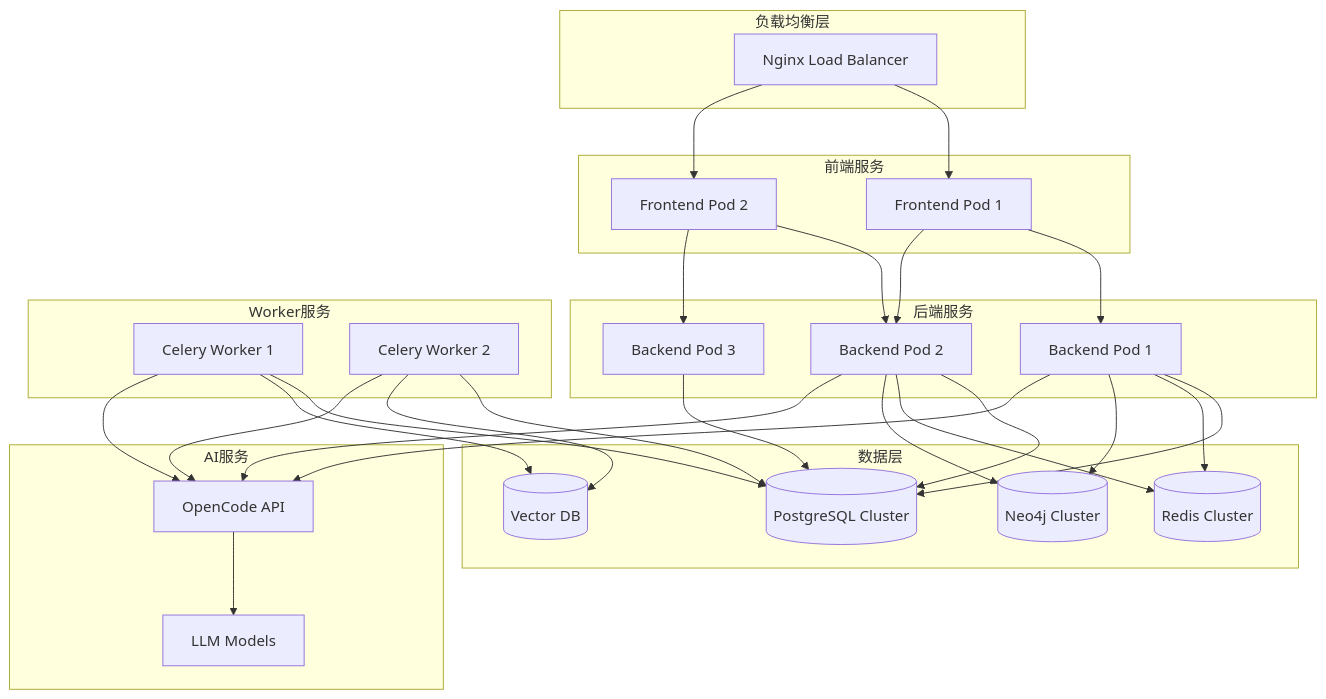
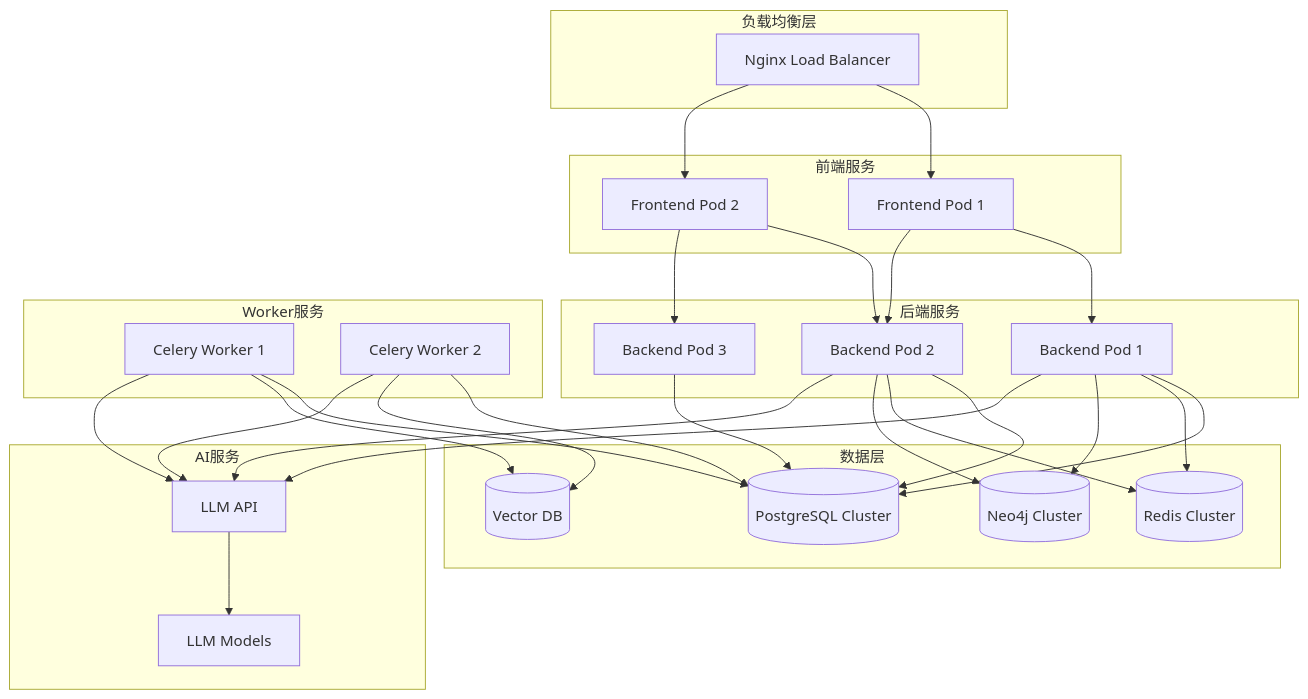
The fourth of 4 diagrams in plans/sre-debate-platform-architecture.md (neochen1991/multi-agent-cli), drawn with Mermaid before and after one commit. The commit also changed other lines of this file and 33 other files, not shown here.

Commit message:
refactor: finalize autogen pipeline stability and e2e flow

````diff
--- a/plans/sre-debate-platform-architecture.md
+++ b/plans/sre-debate-platform-architecture.md
@@ -832,63 +832,63 @@
 ```mermaid
 graph TB
     subgraph 负载均衡层
         LB[Nginx Load Balancer]
     end
 
     subgraph 前端服务
         FE1[Frontend Pod 1]
         FE2[Frontend Pod 2]
     end
 
     subgraph 后端服务
         BE1[Backend Pod 1]
         BE2[Backend Pod 2]
         BE3[Backend Pod 3]
     end
 
     subgraph Worker服务
         W1[Celery Worker 1]
         W2[Celery Worker 2]
     end
 
     subgraph 数据层
         PG[(PostgreSQL Cluster)]
         RD[(Redis Cluster)]
         NJ[(Neo4j Cluster)]
         VDB[(Vector DB)]
     end
 
     subgraph AI服务
-        OC[OpenCode API]
+        OC[LLM API]
         LLM[LLM Models]
     end
 
     LB --> FE1
     LB --> FE2
     FE1 --> BE1
     FE1 --> BE2
     FE2 --> BE2
     FE2 --> BE3
     
     BE1 --> PG
     BE2 --> PG
     BE3 --> PG
     
     BE1 --> RD
     BE2 --> RD
     
     BE1 --> NJ
     BE2 --> NJ
     
     W1 --> PG
     W2 --> PG
     W1 --> VDB
     W2 --> VDB
     
     BE1 --> OC
     BE2 --> OC
     W1 --> OC
     W2 --> OC
     
     OC --> LLM
 ```
````
